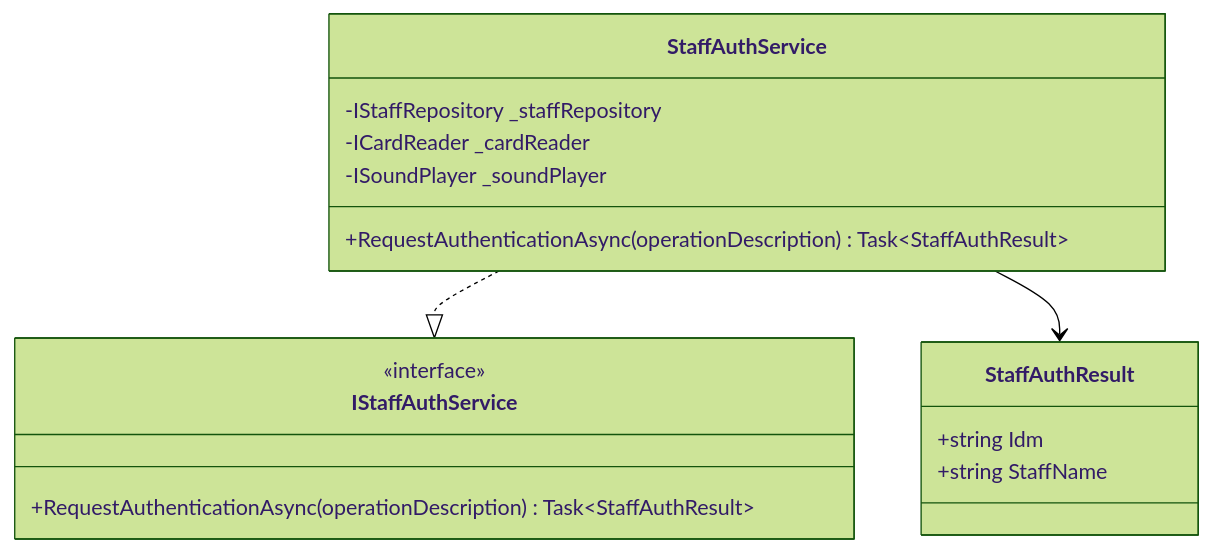
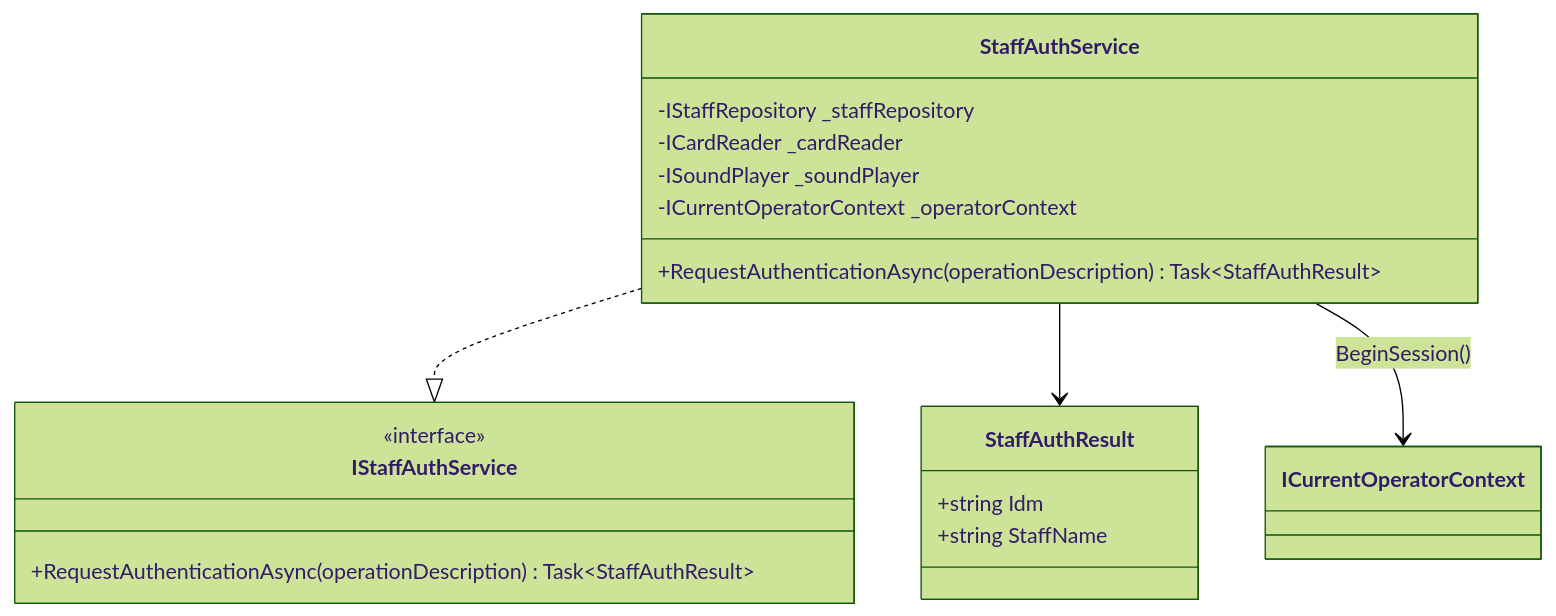
Before and after one commit to kuwayamamasayuki/ICCardManager: diagram 21 of 40 in ICCardManager/docs/design/05_クラス設計書.md, drawn with Mermaid (forest theme). The commit also changed other lines of this file and 18 other files, not shown here.

````diff
--- a/ICCardManager/docs/design/05_クラス設計書.md
+++ b/ICCardManager/docs/design/05_クラス設計書.md
@@ -909,22 +910,24 @@
 ```mermaid
 classDiagram
     class IStaffAuthService {
         <<interface>>
         +RequestAuthenticationAsync(operationDescription) Task~StaffAuthResult~
     }
 
     class StaffAuthService {
         -IStaffRepository _staffRepository
         -ICardReader _cardReader
         -ISoundPlayer _soundPlayer
+        -ICurrentOperatorContext _operatorContext
         +RequestAuthenticationAsync(operationDescription) Task~StaffAuthResult~
     }
 
     class StaffAuthResult {
         +string Idm
         +string StaffName
     }
 
     StaffAuthService ..|> IStaffAuthService
     StaffAuthService --> StaffAuthResult
+    StaffAuthService --> ICurrentOperatorContext : BeginSession()
 ```
````
